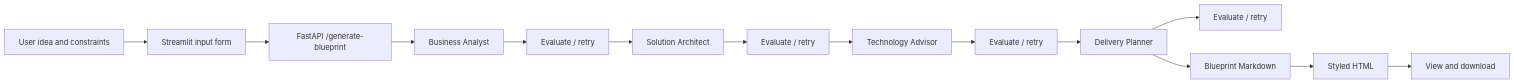
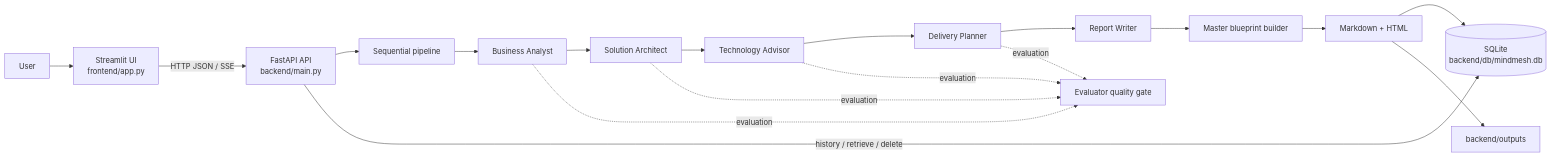
Before and after one commit to Abhijit-Manna/mindmesh: the first of 2 diagrams in README.md, drawn with Mermaid. The commit also changed other lines of this file and 17 other files, not shown here.

````diff
--- a/README.md
+++ b/README.md
@@ -42,16 +59,20 @@
 ```mermaid
 flowchart LR
-    U[User idea and constraints] --> S[Streamlit input form]
-    S --> F[FastAPI /generate-blueprint]
-    F --> BA[Business Analyst]
-    BA --> E1[Evaluate / retry]
-    E1 --> SA[Solution Architect]
-    SA --> E2[Evaluate / retry]
-    E2 --> TA[Technology Advisor]
-    TA --> E3[Evaluate / retry]
-    E3 --> DP[Delivery Planner]
-    DP --> E4[Evaluate / retry]
-    DP --> M[Blueprint Markdown]
-    M --> H[Styled HTML]
-    H --> V[View and download]
+    U[User] --> S[Streamlit UI<br/>frontend/app.py]
+    S -->|HTTP JSON / SSE| F[FastAPI API<br/>backend/main.py]
+    F --> P[Sequential pipeline]
+    P --> BA[Business Analyst]
+    BA --> SA[Solution Architect]
+    SA --> TA[Technology Advisor]
+    TA --> DP[Delivery Planner]
+    DP --> RW[Report Writer]
+    BA -. evaluation .-> EV[Evaluator quality gate]
+    SA -. evaluation .-> EV
+    TA -. evaluation .-> EV
+    DP -. evaluation .-> EV
+    RW --> B[Master blueprint builder]
+    B --> H[Markdown + HTML]
+    H --> DB[(SQLite<br/>backend/db/mindmesh.db)]
+    H --> O[backend/outputs]
+    F -->|history / retrieve / delete| DB
 ```
````
